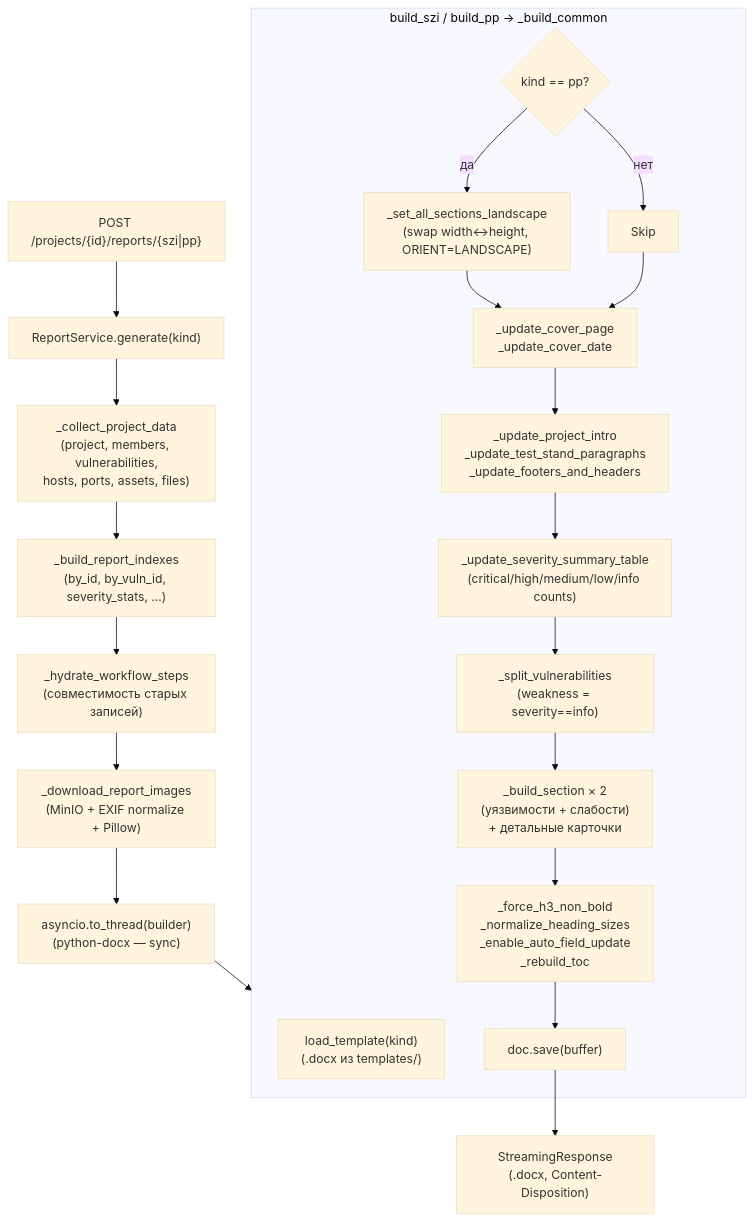
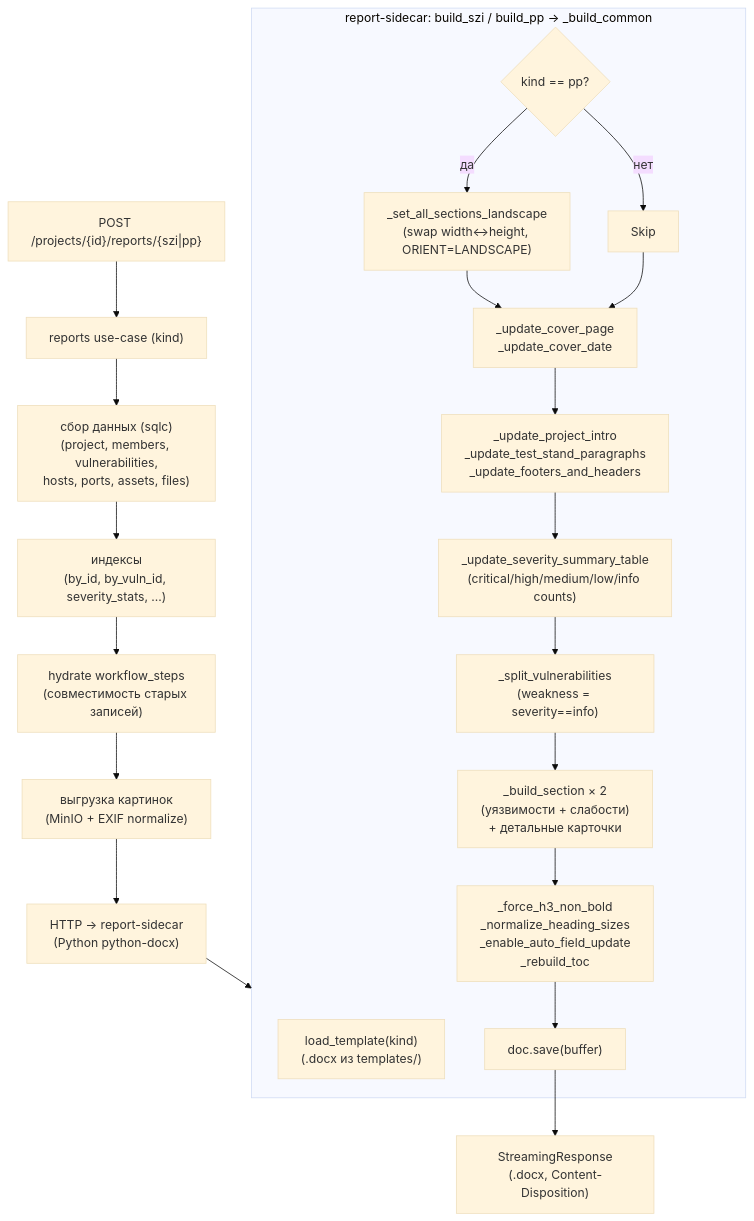
Diagram 16 of 20 in docs/ARCH_DIAGRAMS.md (nkolomiika/FROST), drawn with Mermaid (base theme) before and after one commit. The commit also changed other lines of this file and 11 other files, not shown here.

````diff
--- a/docs/ARCH_DIAGRAMS.md
+++ b/docs/ARCH_DIAGRAMS.md
@@ -524,28 +510,28 @@
 ```mermaid
 flowchart TB
     Trigger["POST /projects/{id}/reports/{szi|pp}"]
-    Trigger --> Service["ReportService.generate(kind)"]
-    Service --> Collect["_collect_project_data<br/>(project, members, vulnerabilities,<br/>hosts, ports, assets, files)"]
-    Collect --> Indexes["_build_report_indexes<br/>(by_id, by_vuln_id, severity_stats, ...)"]
-    Indexes --> Hydrate["_hydrate_workflow_steps<br/>(совместимость старых записей)"]
-    Hydrate --> Images["_download_report_images<br/>(MinIO + EXIF normalize + Pillow)"]
-    Images --> ToThread["asyncio.to_thread(builder)<br/>(python-docx — sync)"]
+    Trigger --> Service["reports use-case (kind)"]
+    Service --> Collect["сбор данных (sqlc)<br/>(project, members, vulnerabilities,<br/>hosts, ports, assets, files)"]
+    Collect --> Indexes["индексы<br/>(by_id, by_vuln_id, severity_stats, ...)"]
+    Indexes --> Hydrate["hydrate workflow_steps<br/>(совместимость старых записей)"]
+    Hydrate --> Images["выгрузка картинок<br/>(MinIO + EXIF normalize)"]
+    Images --> ToThread["HTTP → report-sidecar<br/>(Python python-docx)"]
 
-    subgraph Builder["build_szi / build_pp → _build_common"]
+    subgraph Builder["report-sidecar: build_szi / build_pp → _build_common"]
         LoadTpl["load_template(kind)<br/>(.docx из templates/)"]
         Orient{"kind == pp?"}
         Orient -->|да| Landscape["_set_all_sections_landscape<br/>(swap width<->height, ORIENT=LANDSCAPE)"]
         Orient -->|нет| Skip
         Landscape --> Cover["_update_cover_page<br/>_update_cover_date"]
         Skip --> Cover
         Cover --> Intro["_update_project_intro<br/>_update_test_stand_paragraphs<br/>_update_footers_and_headers"]
         Intro --> Summary["_update_severity_summary_table<br/>(critical/high/medium/low/info counts)"]
         Summary --> Split["_split_vulnerabilities<br/>(weakness = severity==info)"]
         Split --> Sections["_build_section × 2<br/>(уязвимости + слабости)<br/>+ детальные карточки"]
         Sections --> Normalize["_force_h3_non_bold<br/>_normalize_heading_sizes<br/>_enable_auto_field_update<br/>_rebuild_toc"]
         Normalize --> Save["doc.save(buffer)"]
     end
 
     ToThread --> Builder
     Save --> Response["StreamingResponse<br/>(.docx, Content-Disposition)"]
 ```
````
